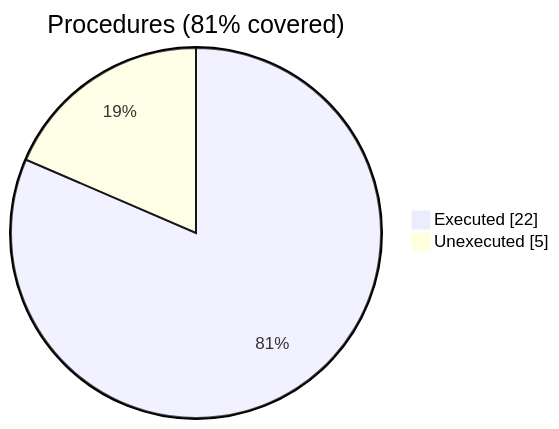
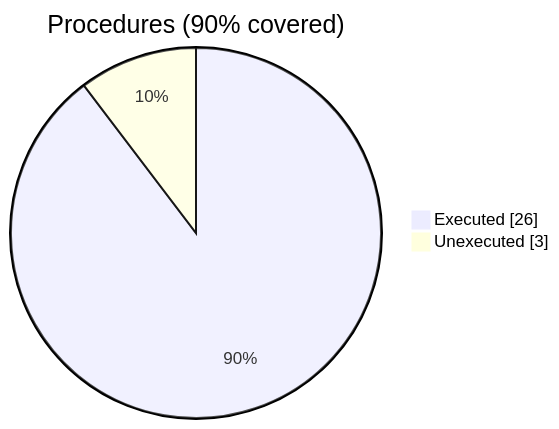
The second of 2 diagrams in docs/guide/finer_section_t.f90.gcov.md (szaghi/FiNeR), drawn with Mermaid before and after one commit. The commit also changed other lines of this file and 10 other files, not shown here.

````diff
--- a/docs/guide/finer_section_t.f90.gcov.md
+++ b/docs/guide/finer_section_t.f90.gcov.md
@@ -24,6 +24,6 @@
 ```mermaid
 pie showData
-    title Procedures (81% covered)
-    "Executed" : 22
-    "Unexecuted" : 5
+    title Procedures (90% covered)
+    "Executed" : 26
+    "Unexecuted" : 3
 ```
````
